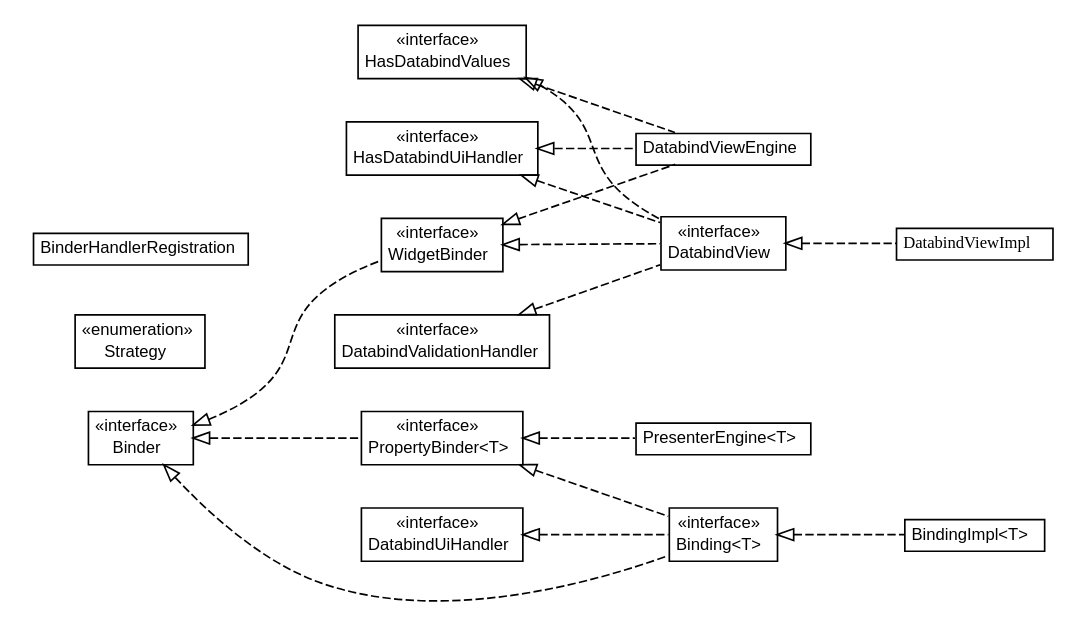
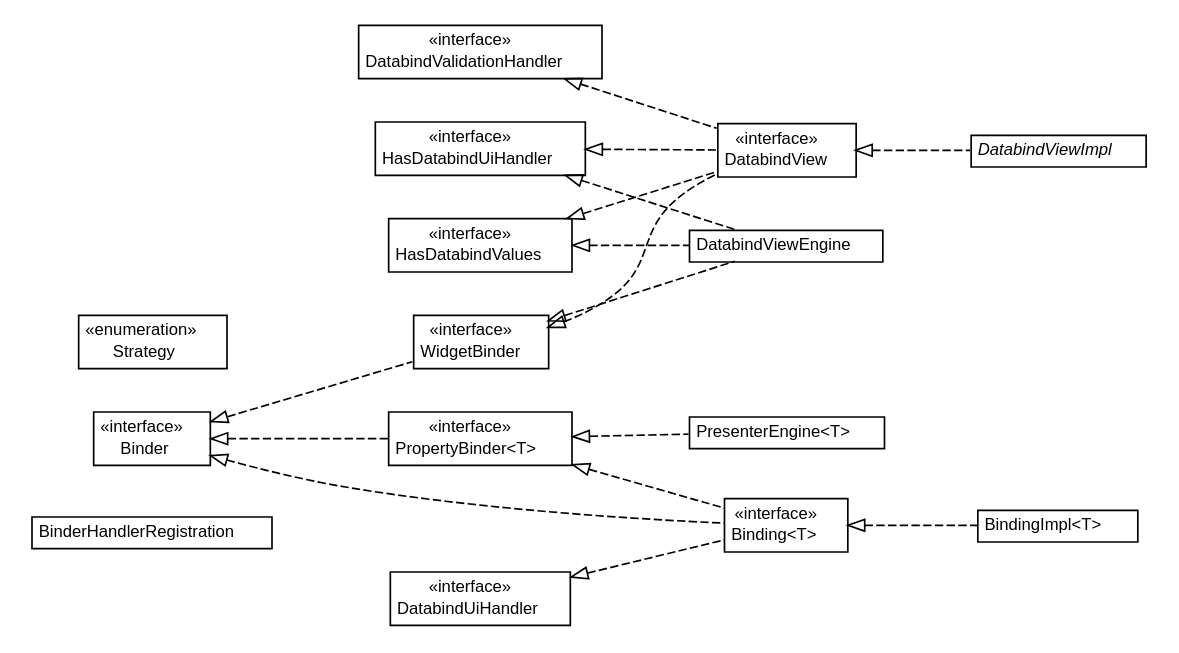
The diagram in javadoc/apidocs/org/turbogwt/mvp/databind/client/org.turbogwt.mvp.databind.client.dot (growbit/turbogwt-databind), drawn with Graphviz before and after one commit. The commit also changed 144 other files, not shown here.

```diff
--- a/javadoc/apidocs/org/turbogwt/mvp/databind/client/org.turbogwt.mvp.databind.client.dot
+++ b/javadoc/apidocs/org/turbogwt/mvp/databind/client/org.turbogwt.mvp.databind.client.dot
@@ -5,139 +5,139 @@
 #
 
 digraph G {
-	edge [fontname="arial",fontsize=10,labelfontname="arial",labelfontsize=10];
-	node [fontname="arial",fontsize=10,shape=plaintext];
+	edge [fontname="Helvetica",fontsize=10,labelfontname="Helvetica",labelfontsize=10];
+	node [fontname="Helvetica",fontsize=10,shape=plaintext];
 	nodesep=0.25;
 	ranksep=0.5;
 	rankdir=LR;
+	// org.turbogwt.mvp.databind.client.BinderHandlerRegistration
+	c0 [label=<<table title="org.turbogwt.mvp.databind.client.BinderHandlerRegistration" border="0" cellborder="1" cellspacing="0" cellpadding="2" port="p" href="./BinderHandlerRegistration.html">
+		<tr><td><table border="0" cellspacing="0" cellpadding="1">
+<tr><td align="center" balign="center"> BinderHandlerRegistration </td></tr>
+		</table></td></tr>
+		</table>>, URL="./BinderHandlerRegistration.html", fontname="Helvetica", fontcolor="black", fontsize=10.0];
+	// org.turbogwt.mvp.databind.client.DatabindViewImpl
+	c1 [label=<<table title="org.turbogwt.mvp.databind.client.DatabindViewImpl" border="0" cellborder="1" cellspacing="0" cellpadding="2" port="p" href="./DatabindViewImpl.html">
+		<tr><td><table border="0" cellspacing="0" cellpadding="1">
+<tr><td align="center" balign="center"><font face="Helvetica-Oblique"> DatabindViewImpl </font></td></tr>
+		</table></td></tr>
+		</table>>, URL="./DatabindViewImpl.html", fontname="Helvetica", fontcolor="black", fontsize=10.0];
+	// org.turbogwt.mvp.databind.client.DatabindViewEngine
+	c2 [label=<<table title="org.turbogwt.mvp.databind.client.DatabindViewEngine" border="0" cellborder="1" cellspacing="0" cellpadding="2" port="p" href="./DatabindViewEngine.html">
+		<tr><td><table border="0" cellspacing="0" cellpadding="1">
+<tr><td align="center" balign="center"> DatabindViewEngine </td></tr>
+		</table></td></tr>
+		</table>>, URL="./DatabindViewEngine.html", fontname="Helvetica", fontcolor="black", fontsize=10.0];
+	// org.turbogwt.mvp.databind.client.Strategy
+	c3 [label=<<table title="org.turbogwt.mvp.databind.client.Strategy" border="0" cellborder="1" cellspacing="0" cellpadding="2" port="p" href="./Strategy.html">
+		<tr><td><table border="0" cellspacing="0" cellpadding="1">
+<tr><td align="center" balign="center"> &#171;enumeration&#187; </td></tr>
+<tr><td align="center" balign="center"> Strategy </td></tr>
+		</table></td></tr>
+		</table>>, URL="./Strategy.html", fontname="Helvetica", fontcolor="black", fontsize=10.0];
+	// org.turbogwt.mvp.databind.client.DatabindValidationHandler
+	c4 [label=<<table title="org.turbogwt.mvp.databind.client.DatabindValidationHandler" border="0" cellborder="1" cellspacing="0" cellpadding="2" port="p" href="./DatabindValidationHandler.html">
+		<tr><td><table border="0" cellspacing="0" cellpadding="1">
+<tr><td align="center" balign="center"> &#171;interface&#187; </td></tr>
+<tr><td align="center" balign="center"> DatabindValidationHandler </td></tr>
+		</table></td></tr>
+		</table>>, URL="./DatabindValidationHandler.html", fontname="Helvetica", fontcolor="black", fontsize=10.0];
 	// org.turbogwt.mvp.databind.client.WidgetBinder
-	c0 [label=<<table title="org.turbogwt.mvp.databind.client.WidgetBinder" border="0" cellborder="1" cellspacing="0" cellpadding="2" port="p" href="./WidgetBinder.html">
+	c5 [label=<<table title="org.turbogwt.mvp.databind.client.WidgetBinder" border="0" cellborder="1" cellspacing="0" cellpadding="2" port="p" href="./WidgetBinder.html">
 		<tr><td><table border="0" cellspacing="0" cellpadding="1">
 <tr><td align="center" balign="center"> &#171;interface&#187; </td></tr>
 <tr><td align="center" balign="center"> WidgetBinder </td></tr>
 		</table></td></tr>
-		</table>>, URL="./WidgetBinder.html", fontname="arial", fontcolor="black", fontsize=10.0];
-	// org.turbogwt.mvp.databind.client.Strategy
-	c1 [label=<<table title="org.turbogwt.mvp.databind.client.Strategy" border="0" cellborder="1" cellspacing="0" cellpadding="2" port="p" href="./Strategy.html">
+		</table>>, URL="./WidgetBinder.html", fontname="Helvetica", fontcolor="black", fontsize=10.0];
+	// org.turbogwt.mvp.databind.client.HasDatabindUiHandler
+	c6 [label=<<table title="org.turbogwt.mvp.databind.client.HasDatabindUiHandler" border="0" cellborder="1" cellspacing="0" cellpadding="2" port="p" href="./HasDatabindUiHandler.html">
 		<tr><td><table border="0" cellspacing="0" cellpadding="1">
-<tr><td align="center" balign="center"> &#171;enumeration&#187; </td></tr>
-<tr><td align="center" balign="center"> Strategy </td></tr>
+<tr><td align="center" balign="center"> &#171;interface&#187; </td></tr>
+<tr><td align="center" balign="center"> HasDatabindUiHandler </td></tr>
 		</table></td></tr>
-		</table>>, URL="./Strategy.html", fontname="arial", fontcolor="black", fontsize=10.0];
+		</table>>, URL="./HasDatabindUiHandler.html", fontname="Helvetica", fontcolor="black", fontsize=10.0];
+	// org.turbogwt.mvp.databind.client.DatabindView
+	c7 [label=<<table title="org.turbogwt.mvp.databind.client.DatabindView" border="0" cellborder="1" cellspacing="0" cellpadding="2" port="p" href="./DatabindView.html">
+		<tr><td><table border="0" cellspacing="0" cellpadding="1">
+<tr><td align="center" balign="center"> &#171;interface&#187; </td></tr>
+<tr><td align="center" balign="center"> DatabindView </td></tr>
+		</table></td></tr>
+		</table>>, URL="./DatabindView.html", fontname="Helvetica", fontcolor="black", fontsize=10.0];
+	// org.turbogwt.mvp.databind.client.PresenterEngine<T>
+	c8 [label=<<table title="org.turbogwt.mvp.databind.client.PresenterEngine" border="0" cellborder="1" cellspacing="0" cellpadding="2" port="p" href="./PresenterEngine.html">
+		<tr><td><table border="0" cellspacing="0" cellpadding="1">
+<tr><td align="center" balign="center"> PresenterEngine&lt;T&gt; </td></tr>
+		</table></td></tr>
+		</table>>, URL="./PresenterEngine.html", fontname="Helvetica", fontcolor="black", fontsize=10.0];
+	// org.turbogwt.mvp.databind.client.Binder
+	c9 [label=<<table title="org.turbogwt.mvp.databind.client.Binder" border="0" cellborder="1" cellspacing="0" cellpadding="2" port="p" href="./Binder.html">
+		<tr><td><table border="0" cellspacing="0" cellpadding="1">
+<tr><td align="center" balign="center"> &#171;interface&#187; </td></tr>
+<tr><td align="center" balign="center"> Binder </td></tr>
+		</table></td></tr>
+		</table>>, URL="./Binder.html", fontname="Helvetica", fontcolor="black", fontsize=10.0];
 	// org.turbogwt.mvp.databind.client.PropertyBinder<T>
-	c2 [label=<<table title="org.turbogwt.mvp.databind.client.PropertyBinder" border="0" cellborder="1" cellspacing="0" cellpadding="2" port="p" href="./PropertyBinder.html">
+	c10 [label=<<table title="org.turbogwt.mvp.databind.client.PropertyBinder" border="0" cellborder="1" cellspacing="0" cellpadding="2" port="p" href="./PropertyBinder.html">
 		<tr><td><table border="0" cellspacing="0" cellpadding="1">
 <tr><td align="center" balign="center"> &#171;interface&#187; </td></tr>
 <tr><td align="center" balign="center"> PropertyBinder&lt;T&gt; </td></tr>
 		</table></td></tr>
-		</table>>, URL="./PropertyBinder.html", fontname="arial", fontcolor="black", fontsize=10.0];
-	// org.turbogwt.mvp.databind.client.PresenterEngine<T>
-	c3 [label=<<table title="org.turbogwt.mvp.databind.client.PresenterEngine" border="0" cellborder="1" cellspacing="0" cellpadding="2" port="p" href="./PresenterEngine.html">
+		</table>>, URL="./PropertyBinder.html", fontname="Helvetica", fontcolor="black", fontsize=10.0];
+	// org.turbogwt.mvp.databind.client.Binding<T>
+	c11 [label=<<table title="org.turbogwt.mvp.databind.client.Binding" border="0" cellborder="1" cellspacing="0" cellpadding="2" port="p" href="./Binding.html">
 		<tr><td><table border="0" cellspacing="0" cellpadding="1">
-<tr><td align="center" balign="center"> PresenterEngine&lt;T&gt; </td></tr>
+<tr><td align="center" balign="center"> &#171;interface&#187; </td></tr>
+<tr><td align="center" balign="center"> Binding&lt;T&gt; </td></tr>
 		</table></td></tr>
-		</table>>, URL="./PresenterEngine.html", fontname="arial", fontcolor="black", fontsize=10.0];
+		</table>>, URL="./Binding.html", fontname="Helvetica", fontcolor="black", fontsize=10.0];
+	// org.turbogwt.mvp.databind.client.BindingImpl<T>
+	c12 [label=<<table title="org.turbogwt.mvp.databind.client.BindingImpl" border="0" cellborder="1" cellspacing="0" cellpadding="2" port="p" href="./BindingImpl.html">
+		<tr><td><table border="0" cellspacing="0" cellpadding="1">
+<tr><td align="center" balign="center"> BindingImpl&lt;T&gt; </td></tr>
+		</table></td></tr>
+		</table>>, URL="./BindingImpl.html", fontname="Helvetica", fontcolor="black", fontsize=10.0];
 	// org.turbogwt.mvp.databind.client.HasDatabindValues
-	c4 [label=<<table title="org.turbogwt.mvp.databind.client.HasDatabindValues" border="0" cellborder="1" cellspacing="0" cellpadding="2" port="p" href="./HasDatabindValues.html">
+	c13 [label=<<table title="org.turbogwt.mvp.databind.client.HasDatabindValues" border="0" cellborder="1" cellspacing="0" cellpadding="2" port="p" href="./HasDatabindValues.html">
 		<tr><td><table border="0" cellspacing="0" cellpadding="1">
 <tr><td align="center" balign="center"> &#171;interface&#187; </td></tr>
 <tr><td align="center" balign="center"> HasDatabindValues </td></tr>
 		</table></td></tr>
-		</table>>, URL="./HasDatabindValues.html", fontname="arial", fontcolor="black", fontsize=10.0];
-	// org.turbogwt.mvp.databind.client.HasDatabindUiHandler
-	c5 [label=<<table title="org.turbogwt.mvp.databind.client.HasDatabindUiHandler" border="0" cellborder="1" cellspacing="0" cellpadding="2" port="p" href="./HasDatabindUiHandler.html">
-		<tr><td><table border="0" cellspacing="0" cellpadding="1">
-<tr><td align="center" balign="center"> &#171;interface&#187; </td></tr>
-<tr><td align="center" balign="center"> HasDatabindUiHandler </td></tr>
-		</table></td></tr>
-		</table>>, URL="./HasDatabindUiHandler.html", fontname="arial", fontcolor="black", fontsize=10.0];
-	// org.turbogwt.mvp.databind.client.DatabindViewImpl
-	c6 [label=<<table title="org.turbogwt.mvp.databind.client.DatabindViewImpl" border="0" cellborder="1" cellspacing="0" cellpadding="2" port="p" href="./DatabindViewImpl.html">
-		<tr><td><table border="0" cellspacing="0" cellpadding="1">
-<tr><td align="center" balign="center"><font face="arial italic"> DatabindViewImpl </font></td></tr>
-		</table></td></tr>
-		</table>>, URL="./DatabindViewImpl.html", fontname="arial", fontcolor="black", fontsize=10.0];
-	// org.turbogwt.mvp.databind.client.DatabindViewEngine
-	c7 [label=<<table title="org.turbogwt.mvp.databind.client.DatabindViewEngine" border="0" cellborder="1" cellspacing="0" cellpadding="2" port="p" href="./DatabindViewEngine.html">
-		<tr><td><table border="0" cellspacing="0" cellpadding="1">
-<tr><td align="center" balign="center"> DatabindViewEngine </td></tr>
-		</table></td></tr>
-		</table>>, URL="./DatabindViewEngine.html", fontname="arial", fontcolor="black", fontsize=10.0];
-	// org.turbogwt.mvp.databind.client.DatabindView
-	c8 [label=<<table title="org.turbogwt.mvp.databind.client.DatabindView" border="0" cellborder="1" cellspacing="0" cellpadding="2" port="p" href="./DatabindView.html">
-		<tr><td><table border="0" cellspacing="0" cellpadding="1">
-<tr><td align="center" balign="center"> &#171;interface&#187; </td></tr>
-<tr><td align="center" balign="center"> DatabindView </td></tr>
-		</table></td></tr>
-		</table>>, URL="./DatabindView.html", fontname="arial", fontcolor="black", fontsize=10.0];
-	// org.turbogwt.mvp.databind.client.DatabindValidationHandler
-	c9 [label=<<table title="org.turbogwt.mvp.databind.client.DatabindValidationHandler" border="0" cellborder="1" cellspacing="0" cellpadding="2" port="p" href="./DatabindValidationHandler.html">
-		<tr><td><table border="0" cellspacing="0" cellpadding="1">
-<tr><td align="center" balign="center"> &#171;interface&#187; </td></tr>
-<tr><td align="center" balign="center"> DatabindValidationHandler </td></tr>
-		</table></td></tr>
-		</table>>, URL="./DatabindValidationHandler.html", fontname="arial", fontcolor="black", fontsize=10.0];
+		</table>>, URL="./HasDatabindValues.html", fontname="Helvetica", fontcolor="black", fontsize=10.0];
 	// org.turbogwt.mvp.databind.client.DatabindUiHandler
-	c10 [label=<<table title="org.turbogwt.mvp.databind.client.DatabindUiHandler" border="0" cellborder="1" cellspacing="0" cellpadding="2" port="p" href="./DatabindUiHandler.html">
+	c14 [label=<<table title="org.turbogwt.mvp.databind.client.DatabindUiHandler" border="0" cellborder="1" cellspacing="0" cellpadding="2" port="p" href="./DatabindUiHandler.html">
 		<tr><td><table border="0" cellspacing="0" cellpadding="1">
 <tr><td align="center" balign="center"> &#171;interface&#187; </td></tr>
 <tr><td align="center" balign="center"> DatabindUiHandler </td></tr>
 		</table></td></tr>
-		</table>>, URL="./DatabindUiHandler.html", fontname="arial", fontcolor="black", fontsize=10.0];
-	// org.turbogwt.mvp.databind.client.BindingImpl<T>
-	c11 [label=<<table title="org.turbogwt.mvp.databind.client.BindingImpl" border="0" cellborder="1" cellspacing="0" cellpadding="2" port="p" href="./BindingImpl.html">
-		<tr><td><table border="0" cellspacing="0" cellpadding="1">
-<tr><td align="center" balign="center"> BindingImpl&lt;T&gt; </td></tr>
-		</table></td></tr>
-		</table>>, URL="./BindingImpl.html", fontname="arial", fontcolor="black", fontsize=10.0];
-	// org.turbogwt.mvp.databind.client.Binding<T>
-	c12 [label=<<table title="org.turbogwt.mvp.databind.client.Binding" border="0" cellborder="1" cellspacing="0" cellpadding="2" port="p" href="./Binding.html">
-		<tr><td><table border="0" cellspacing="0" cellpadding="1">
-<tr><td align="center" balign="center"> &#171;interface&#187; </td></tr>
-<tr><td align="center" balign="center"> Binding&lt;T&gt; </td></tr>
-		</table></td></tr>
-		</table>>, URL="./Binding.html", fontname="arial", fontcolor="black", fontsize=10.0];
-	// org.turbogwt.mvp.databind.client.BinderHandlerRegistration
-	c13 [label=<<table title="org.turbogwt.mvp.databind.client.BinderHandlerRegistration" border="0" cellborder="1" cellspacing="0" cellpadding="2" port="p" href="./BinderHandlerRegistration.html">
-		<tr><td><table border="0" cellspacing="0" cellpadding="1">
-<tr><td align="center" balign="center"> BinderHandlerRegistration </td></tr>
-		</table></td></tr>
-		</table>>, URL="./BinderHandlerRegistration.html", fontname="arial", fontcolor="black", fontsize=10.0];
-	// org.turbogwt.mvp.databind.client.Binder
-	c14 [label=<<table title="org.turbogwt.mvp.databind.client.Binder" border="0" cellborder="1" cellspacing="0" cellpadding="2" port="p" href="./Binder.html">
-		<tr><td><table border="0" cellspacing="0" cellpadding="1">
-<tr><td align="center" balign="center"> &#171;interface&#187; </td></tr>
-<tr><td align="center" balign="center"> Binder </td></tr>
-		</table></td></tr>
-		</table>>, URL="./Binder.html", fontname="arial", fontcolor="black", fontsize=10.0];
+		</table>>, URL="./DatabindUiHandler.html", fontname="Helvetica", fontcolor="black", fontsize=10.0];
+	//org.turbogwt.mvp.databind.client.DatabindViewImpl implements org.turbogwt.mvp.databind.client.DatabindView
+	c7:p -> c1:p [dir=back,arrowtail=empty,style=dashed];
+	//org.turbogwt.mvp.databind.client.DatabindViewEngine implements org.turbogwt.mvp.databind.client.WidgetBinder
+	c5:p -> c2:p [dir=back,arrowtail=empty,style=dashed];
+	//org.turbogwt.mvp.databind.client.DatabindViewEngine implements org.turbogwt.mvp.databind.client.HasDatabindValues
+	c13:p -> c2:p [dir=back,arrowtail=empty,style=dashed];
+	//org.turbogwt.mvp.databind.client.DatabindViewEngine implements org.turbogwt.mvp.databind.client.HasDatabindUiHandler
+	c6:p -> c2:p [dir=back,arrowtail=empty,style=dashed];
 	//org.turbogwt.mvp.databind.client.WidgetBinder implements org.turbogwt.mvp.databind.client.Binder
-	c14:p -> c0:p [dir=back,arrowtail=empty,style=dashed];
+	c9:p -> c5:p [dir=back,arrowtail=empty,style=dashed];
+	//org.turbogwt.mvp.databind.client.DatabindView implements org.turbogwt.mvp.databind.client.HasDatabindUiHandler
+	c6:p -> c7:p [dir=back,arrowtail=empty,style=dashed];
+	//org.turbogwt.mvp.databind.client.DatabindView implements org.turbogwt.mvp.databind.client.HasDatabindValues
+	c13:p -> c7:p [dir=back,arrowtail=empty,style=dashed];
+	//org.turbogwt.mvp.databind.client.DatabindView implements org.turbogwt.mvp.databind.client.WidgetBinder
+	c5:p -> c7:p [dir=back,arrowtail=empty,style=dashed];
+	//org.turbogwt.mvp.databind.client.DatabindView implements org.turbogwt.mvp.databind.client.DatabindValidationHandler
+	c4:p -> c7:p [dir=back,arrowtail=empty,style=dashed];
+	//org.turbogwt.mvp.databind.client.PresenterEngine<T> implements org.turbogwt.mvp.databind.client.PropertyBinder<T>
+	c10:p -> c8:p [dir=back,arrowtail=empty,style=dashed];
 	//org.turbogwt.mvp.databind.client.PropertyBinder<T> implements org.turbogwt.mvp.databind.client.Binder
-	c14:p -> c2:p [dir=back,arrowtail=empty,style=dashed];
-	//org.turbogwt.mvp.databind.client.PresenterEngine<T> implements org.turbogwt.mvp.databind.client.PropertyBinder<T>
-	c2:p -> c3:p [dir=back,arrowtail=empty,style=dashed];
-	//org.turbogwt.mvp.databind.client.DatabindViewImpl implements org.turbogwt.mvp.databind.client.DatabindView
-	c8:p -> c6:p [dir=back,arrowtail=empty,style=dashed];
-	//org.turbogwt.mvp.databind.client.DatabindViewEngine implements org.turbogwt.mvp.databind.client.WidgetBinder
-	c0:p -> c7:p [dir=back,arrowtail=empty,style=dashed];
-	//org.turbogwt.mvp.databind.client.DatabindViewEngine implements org.turbogwt.mvp.databind.client.HasDatabindValues
-	c4:p -> c7:p [dir=back,arrowtail=empty,style=dashed];
-	//org.turbogwt.mvp.databind.client.DatabindViewEngine implements org.turbogwt.mvp.databind.client.HasDatabindUiHandler
-	c5:p -> c7:p [dir=back,arrowtail=empty,style=dashed];
-	//org.turbogwt.mvp.databind.client.DatabindView implements org.turbogwt.mvp.databind.client.HasDatabindUiHandler
-	c5:p -> c8:p [dir=back,arrowtail=empty,style=dashed];
-	//org.turbogwt.mvp.databind.client.DatabindView implements org.turbogwt.mvp.databind.client.HasDatabindValues
-	c4:p -> c8:p [dir=back,arrowtail=empty,style=dashed];
-	//org.turbogwt.mvp.databind.client.DatabindView implements org.turbogwt.mvp.databind.client.WidgetBinder
-	c0:p -> c8:p [dir=back,arrowtail=empty,style=dashed];
-	//org.turbogwt.mvp.databind.client.DatabindView implements org.turbogwt.mvp.databind.client.DatabindValidationHandler
-	c9:p -> c8:p [dir=back,arrowtail=empty,style=dashed];
+	c9:p -> c10:p [dir=back,arrowtail=empty,style=dashed];
+	//org.turbogwt.mvp.databind.client.Binding<T> implements org.turbogwt.mvp.databind.client.PropertyBinder<T>
+	c10:p -> c11:p [dir=back,arrowtail=empty,style=dashed];
+	//org.turbogwt.mvp.databind.client.Binding<T> implements org.turbogwt.mvp.databind.client.DatabindUiHandler
+	c14:p -> c11:p [dir=back,arrowtail=empty,style=dashed];
+	//org.turbogwt.mvp.databind.client.Binding<T> implements org.turbogwt.mvp.databind.client.Binder
+	c9:p -> c11:p [dir=back,arrowtail=empty,style=dashed];
 	//org.turbogwt.mvp.databind.client.BindingImpl<T> implements org.turbogwt.mvp.databind.client.Binding<T>
-	c12:p -> c11:p [dir=back,arrowtail=empty,style=dashed];
-	//org.turbogwt.mvp.databind.client.Binding<T> implements org.turbogwt.mvp.databind.client.PropertyBinder<T>
-	c2:p -> c12:p [dir=back,arrowtail=empty,style=dashed];
-	//org.turbogwt.mvp.databind.client.Binding<T> implements org.turbogwt.mvp.databind.client.DatabindUiHandler
-	c10:p -> c12:p [dir=back,arrowtail=empty,style=dashed];
-	//org.turbogwt.mvp.databind.client.Binding<T> implements org.turbogwt.mvp.databind.client.Binder
-	c14:p -> c12:p [dir=back,arrowtail=empty,style=dashed];
+	c11:p -> c12:p [dir=back,arrowtail=empty,style=dashed];
 }
```
